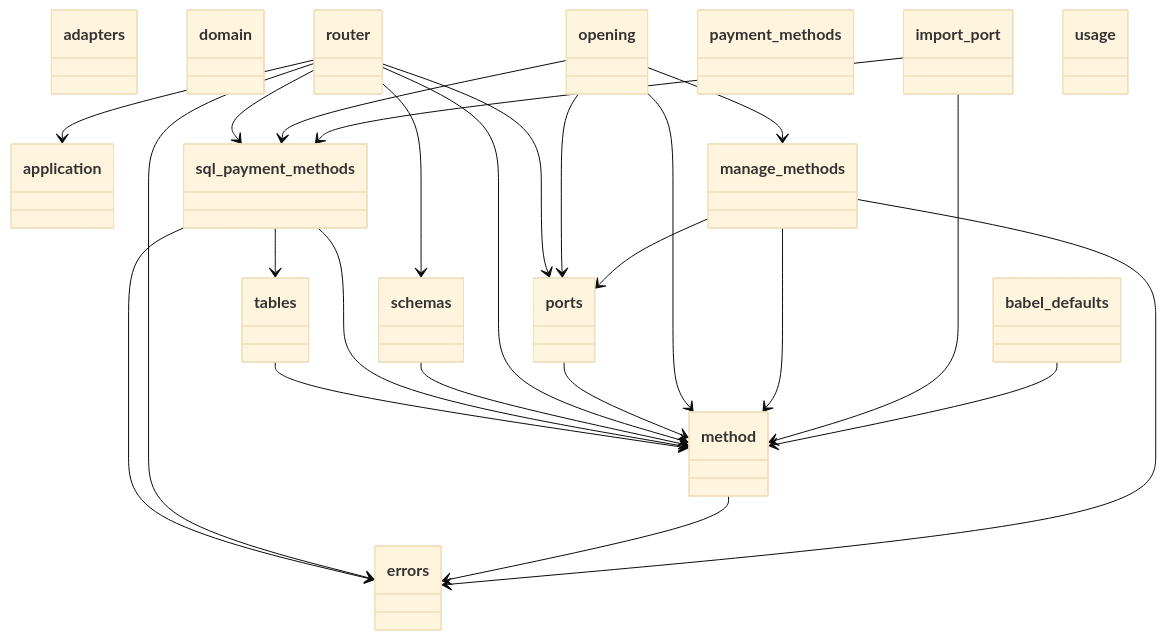
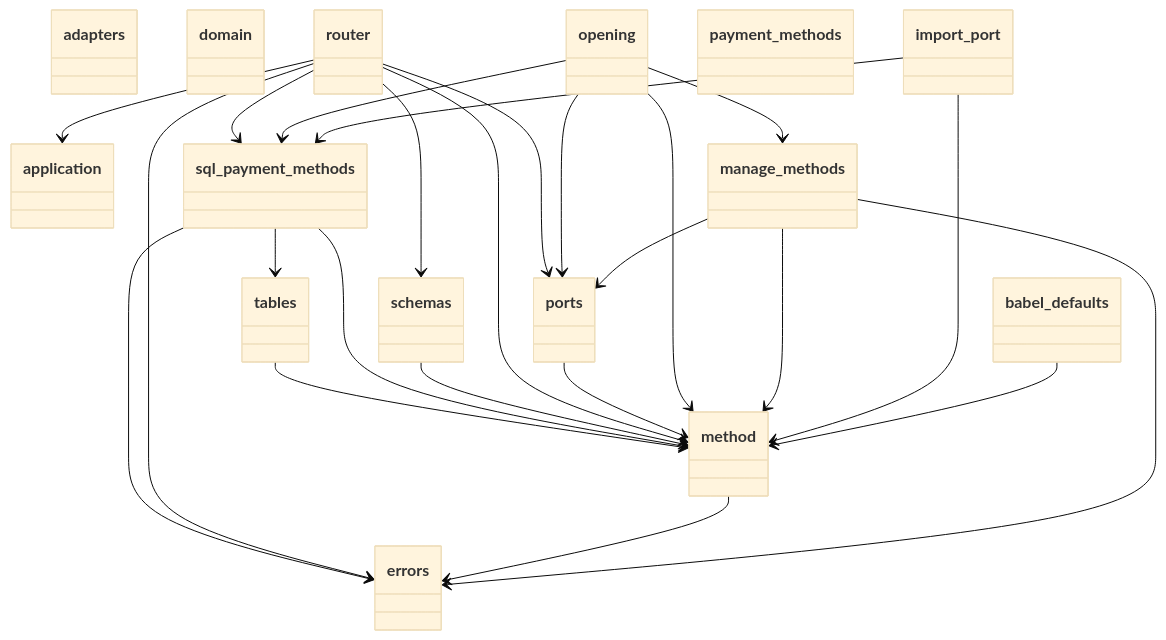
One commit to GonzaloZevallos/apostrophe changed the first of 4 diagrams in docs/architecture/generated/classes/payment_methods.md. Above: the diagram before and after it, drawn with Mermaid (base theme). The commit also changed other lines of this file and 5 other files, not shown here.

Commit message:
Regenerate the API and architecture docs for payment_method_id

````diff
--- a/docs/architecture/generated/classes/payment_methods.md
+++ b/docs/architecture/generated/classes/payment_methods.md
@@ -7,58 +7,56 @@
 ```mermaid
 classDiagram
   class adapters {
   }
   class application {
   }
   class babel_defaults {
   }
   class domain {
   }
   class errors {
   }
   class import_port {
   }
   class manage_methods {
   }
   class method {
   }
   class opening {
   }
   class payment_methods {
   }
   class ports {
   }
   class router {
   }
   class schemas {
   }
   class sql_payment_methods {
   }
   class tables {
   }
-  class usage {
-  }
   babel_defaults --> method
   import_port --> method
   import_port --> sql_payment_methods
   manage_methods --> errors
   manage_methods --> method
   manage_methods --> ports
   method --> errors
   opening --> manage_methods
   opening --> method
   opening --> ports
   opening --> sql_payment_methods
   ports --> method
   router --> application
   router --> errors
   router --> method
   router --> ports
   router --> schemas
   router --> sql_payment_methods
   schemas --> method
   sql_payment_methods --> errors
   sql_payment_methods --> method
   sql_payment_methods --> tables
   tables --> method
 ```
````
